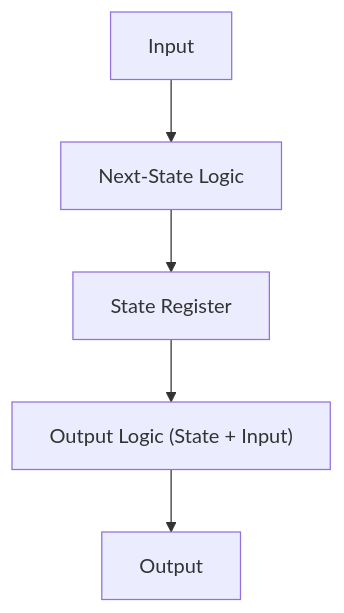
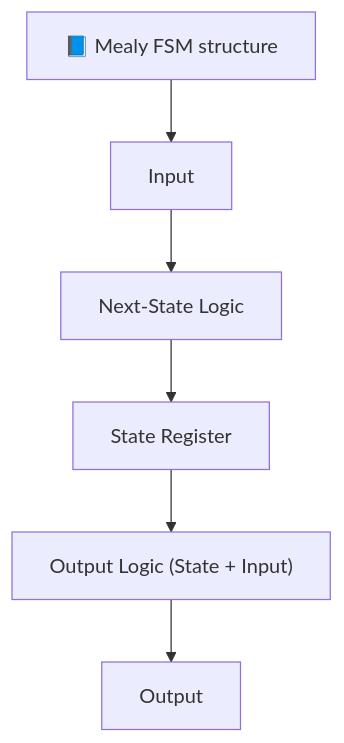
One commit to Samizo-AITL/Edusemi-v4x changed the fourth of 4 diagrams in chapter2_comb_logic/2.6_fsm_intro.md. Above: the diagram before and after it, drawn with Mermaid. The commit also changed other lines of this file, not shown here.

````diff
--- a/chapter2_comb_logic/2.6_fsm_intro.md
+++ b/chapter2_comb_logic/2.6_fsm_intro.md
@@ -98,7 +100,9 @@
 ```mermaid
 flowchart TD
-    B1["Input"] --> B2["Next-State Logic"]
+    title2["📘 Mealy FSM structure"]
+    title2 --> B1["Input"]
+    B1 --> B2["Next-State Logic"]
     B2 --> B3["State Register"]
     B3 --> B4["Output Logic (State + Input)"]
     B4 --> B5["Output"]
 ```
````
